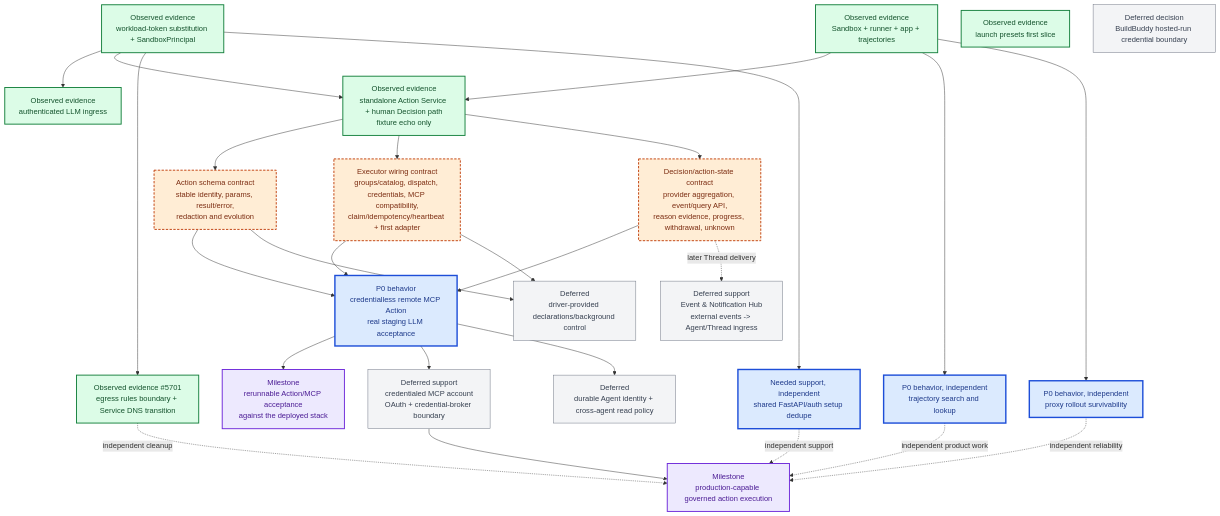
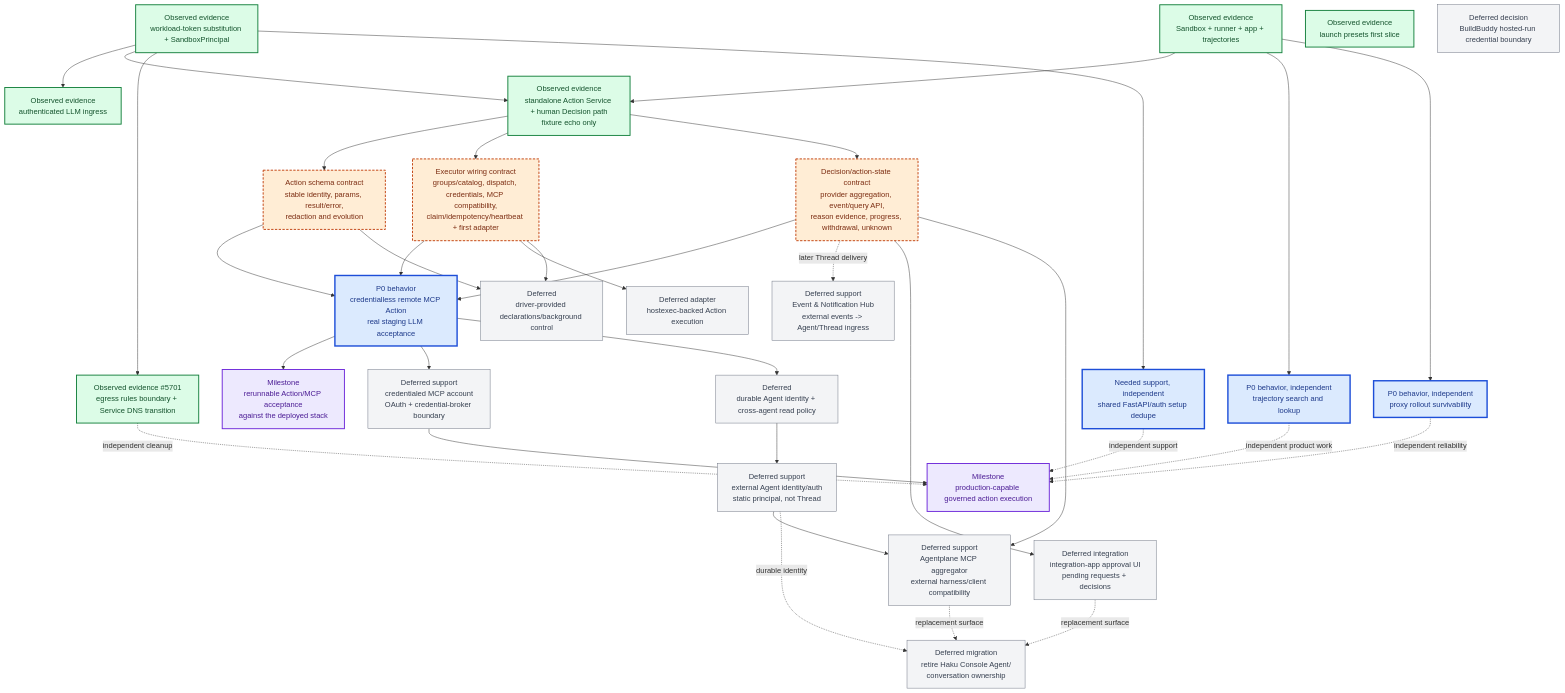
The diagram in x/agentplane/plans/task_dag.md (agentydragon-agent/ducktape), drawn with Mermaid before and after one commit. The commit also changed other lines of this file, not shown here.

Commit message:
docs(agentplane): map external surfaces and migration work

````diff
--- a/x/agentplane/plans/task_dag.md
+++ b/x/agentplane/plans/task_dag.md
@@ -70,59 +70,72 @@
 ```mermaid
 flowchart TB
     classDef completed fill:#dcfce7,stroke:#15803d,color:#14532d,stroke-width:2px
     classDef active fill:#dbeafe,stroke:#1d4ed8,color:#1e3a8a,stroke-width:3px
     classDef decision fill:#ffedd5,stroke:#c2410c,color:#7c2d12,stroke-width:2px,stroke-dasharray:5 3
     classDef future fill:#f3f4f6,stroke:#6b7280,color:#374151
     classDef milestone fill:#ede9fe,stroke:#6d28d9,color:#4c1d95,stroke-width:2px
 
     F0["Observed evidence<br/>Sandbox + runner + app + trajectories"]:::completed
     AUTH["Observed evidence<br/>workload-token substitution + SandboxPrincipal"]:::completed
     LLM["Observed evidence<br/>authenticated LLM ingress"]:::completed
     ACTION0["Observed evidence<br/>standalone Action Service + human Decision path<br/>fixture echo only"]:::completed
     PRESETS["Observed evidence<br/>launch presets first slice"]:::completed
 
     AS["Action schema contract<br/>stable identity, params, result/error,<br/>redaction and evolution"]:::decision
     EW["Executor wiring contract<br/>groups/catalog, dispatch, credentials, MCP compatibility,<br/>claim/idempotency/heartbeat + first adapter"]:::decision
     DEL["Decision/action-state contract<br/>provider aggregation, event/query API,<br/>reason evidence, progress, withdrawal, unknown"]:::decision
     MCP0["P0 behavior<br/>credentialless remote MCP Action<br/>real staging LLM acceptance"]:::active
     MCPAUTH["Deferred support<br/>credentialed MCP account<br/>OAuth + credential-broker boundary"]:::future
     MCPACCEPT["Milestone<br/>rerunnable Action/MCP acceptance<br/>against the deployed stack"]:::milestone
+    EID["Deferred support<br/>external Agent identity/auth<br/>static principal, not Thread"]:::future
+    MCPAGG["Deferred support<br/>Agentplane MCP aggregator<br/>external harness/client compatibility"]:::future
+    HOSTEXEC["Deferred adapter<br/>hostexec-backed Action execution"]:::future
+    APPROVALUI["Deferred integration<br/>integration-app approval UI<br/>pending requests + decisions"]:::future
+    RETIRE["Deferred migration<br/>retire Haku Console Agent/<br/>conversation ownership"]:::future
 
     ER["Observed evidence #5701<br/>egress rules boundary + Service DNS transition"]:::completed
     DEDUPE["Needed support, independent<br/>shared FastAPI/auth setup dedupe"]:::active
     T3["P0 behavior, independent<br/>trajectory search and lookup"]:::active
     PR["P0 behavior, independent<br/>proxy rollout survivability"]:::active
 
     BB["Deferred decision<br/>BuildBuddy hosted-run credential boundary"]:::future
     ING["Deferred support<br/>Event & Notification Hub<br/>external events -> Agent/Thread ingress"]:::future
     DT["Deferred<br/>driver-provided declarations/background control"]:::future
     AG["Deferred<br/>durable Agent identity + cross-agent read policy"]:::future
     PROD["Milestone<br/>production-capable governed action execution"]:::milestone
 
     F0 --> ACTION0
     AUTH --> LLM
     AUTH --> ACTION0
     ACTION0 --> AS
     ACTION0 --> EW
     ACTION0 --> DEL
     AS --> MCP0
     EW --> MCP0
     DEL --> MCP0
     MCP0 --> MCPACCEPT
     MCP0 --> MCPAUTH
     MCPAUTH --> PROD
     DEL -. later Thread delivery .-> ING
+    DEL --> APPROVALUI
+    DEL --> MCPAGG
+    EID --> MCPAGG
+    EW --> HOSTEXEC
+    MCPAGG -. replacement surface .-> RETIRE
+    APPROVALUI -. replacement surface .-> RETIRE
+    EID -. durable identity .-> RETIRE
 
     AUTH --> ER
     AUTH --> DEDUPE
     F0 --> T3
     F0 --> PR
     ER -. independent cleanup .-> PROD
     DEDUPE -. independent support .-> PROD
     T3 -. independent product work .-> PROD
     PR -. independent reliability .-> PROD
 
     AS --> DT
     EW --> DT
     MCP0 --> AG
+    AG --> EID
 ```
````
